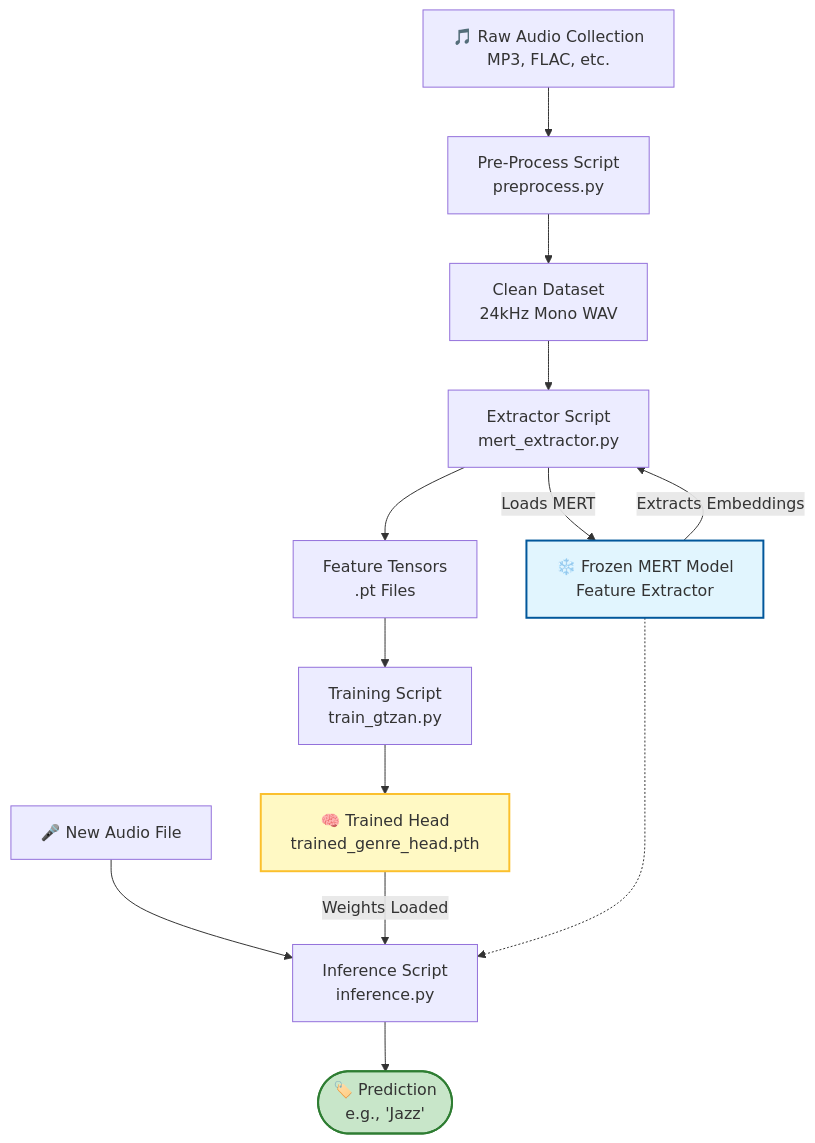
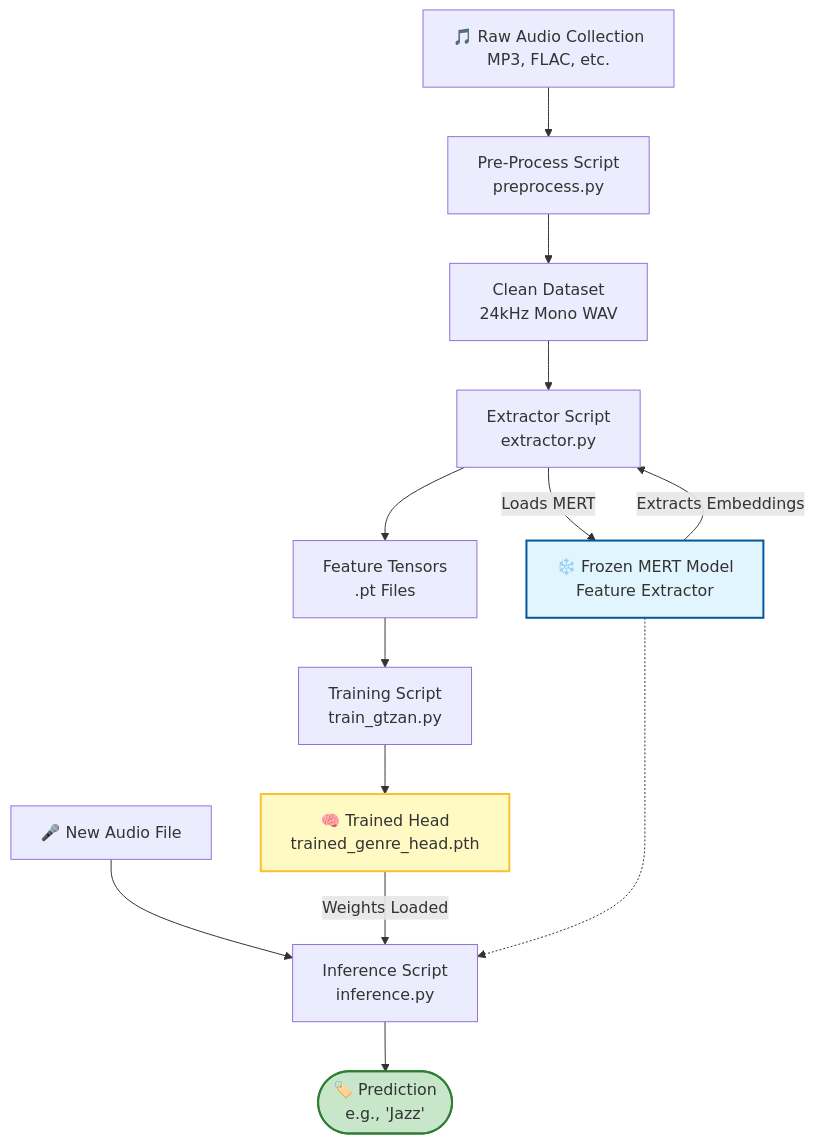
One commit to msonen/MERT_pipeline changed the diagram in README.md. Above: the diagram before and after it, drawn with Mermaid.

Commit message:
Update README.md naming

````diff
--- a/README.md
+++ b/README.md
@@ -83,40 +83,40 @@
 ```mermaid
 graph TD
     %% Nodes
     Raw[🎵 Raw Audio Collection<br/>MP3, FLAC, etc.]
     Pre[Pre-Process Script<br/>preprocess.py]
     Clean[Clean Dataset<br/>24kHz Mono WAV]
     
     MERT[❄️ Frozen MERT Model<br/>Feature Extractor]
-    Ext[Extractor Script<br/>mert_extractor.py]
+    Ext[Extractor Script<br/>extractor.py]
     Feat[Feature Tensors<br/>.pt Files]
     
     Train[Training Script<br/>train_gtzan.py]
     Head[🧠 Trained Head<br/>trained_genre_head.pth]
     
     NewAudio[🎤 New Audio File]
     Infer[Inference Script<br/>inference.py]
     Result([🏷️ Prediction<br/>e.g., 'Jazz'])
 
     %% Flows
     Raw --> Pre
     Pre --> Clean
     Clean --> Ext
     Ext -- "Loads MERT" --> MERT
     MERT -- "Extracts Embeddings" --> Ext
     Ext --> Feat
     
     Feat --> Train
     Train --> Head
     
     NewAudio --> Infer
     Head -- "Weights Loaded" --> Infer
     MERT -.-> Infer
     Infer --> Result
 
     %% Styling
     style MERT fill:#e1f5fe,stroke:#01579b,stroke-width:2px
     style Head fill:#fff9c4,stroke:#fbc02d,stroke-width:2px
     style Result fill:#c8e6c9,stroke:#2e7d32,stroke-width:2px
 
 ```
````
